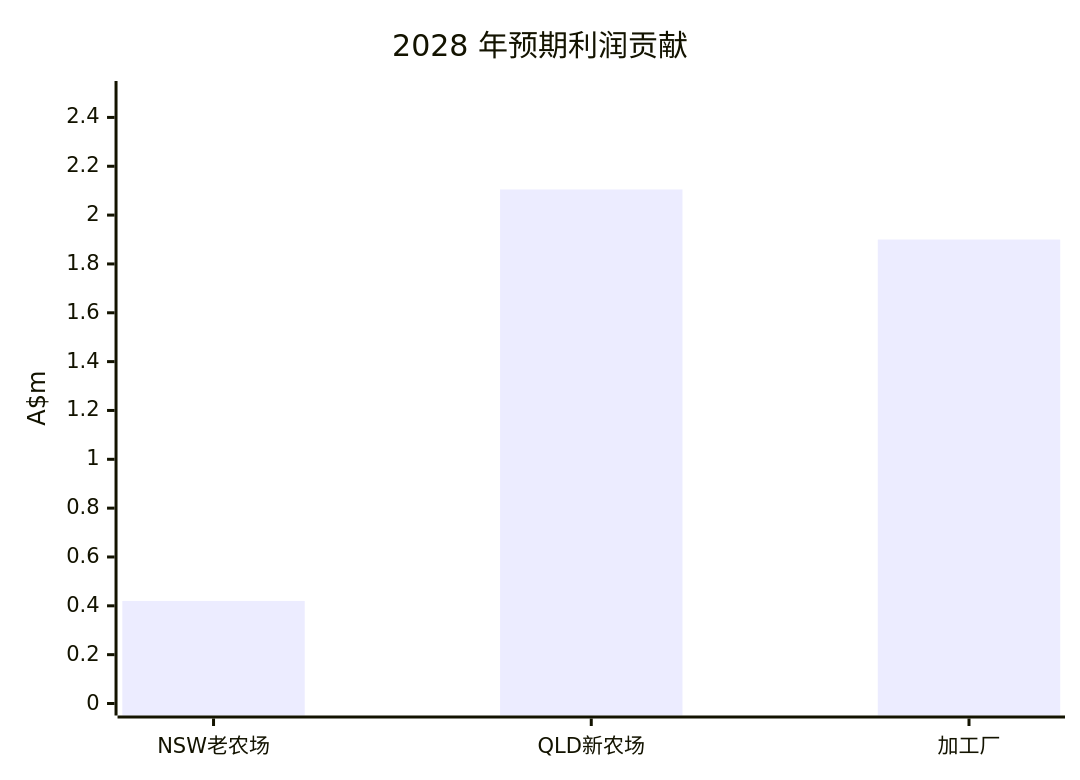
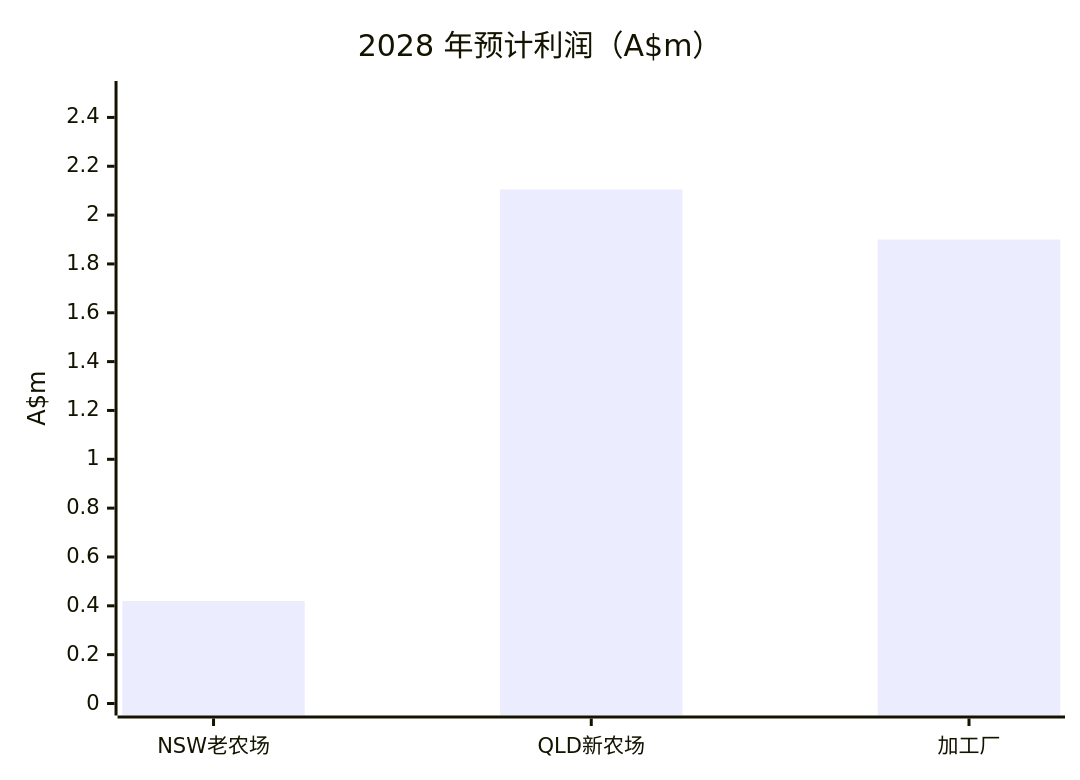
The second of 3 diagrams in 10_Projects/夏威夷果农场/股东投资人汇报.md (maxstillwell/obsidian), drawn with Mermaid before and after one commit. The commit also changed other lines of this file and 1 other file, not shown here.

````diff
--- a/10_Projects/夏威夷果农场/股东投资人汇报.md
+++ b/10_Projects/夏威夷果农场/股东投资人汇报.md
@@ -82,7 +92,7 @@
 ```mermaid
 xychart-beta
-  title "2028 年预期利润贡献"
+  title "2028 年预计利润（A$m）"
   x-axis ["NSW老农场", "QLD新农场", "加工厂"]
   y-axis "A$m" 0 --> 2.5
   bar [0.42, 2.105, 1.9]
 ```
````
